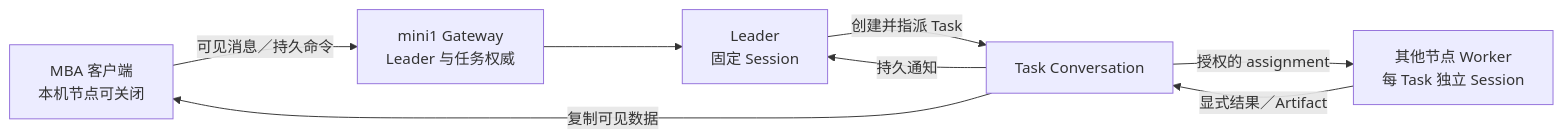
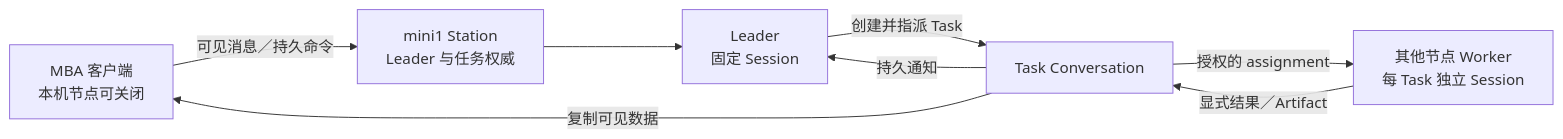
One commit to HOOLC/open-worker changed the diagram in docs/leader-worker-local-first.md. Above: the diagram before and after it, drawn with Mermaid. The commit also changed other lines of this file and 195 other files, not shown here.

Commit message:
Rename Gateway to Station and refresh Zork project identity

````diff
--- a/docs/leader-worker-local-first.md
+++ b/docs/leader-worker-local-first.md
@@ -108,10 +108,10 @@
 ```mermaid
 flowchart LR
-  C["MBA 客户端\n本机节点可关闭"] -->|"可见消息／持久命令"| G["mini1 Gateway\nLeader 与任务权威"]
+  C["MBA 客户端\n本机节点可关闭"] -->|"可见消息／持久命令"| G["mini1 Station\nLeader 与任务权威"]
   G --> L["Leader\n固定 Session"]
   L -->|"创建并指派 Task"| T["Task Conversation"]
   T -->|"授权的 assignment"| W["其他节点 Worker\n每 Task 独立 Session"]
   W -->|"显式结果／Artifact"| T
   T -->|"持久通知"| L
   T -->|"复制可见数据"| C
 ```
````
